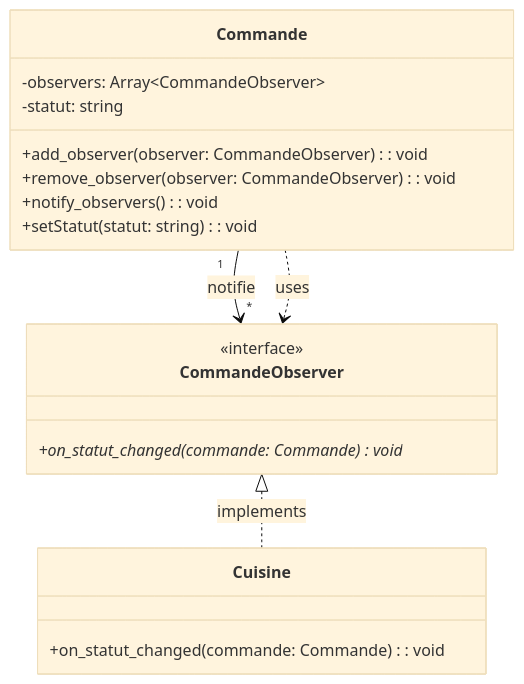
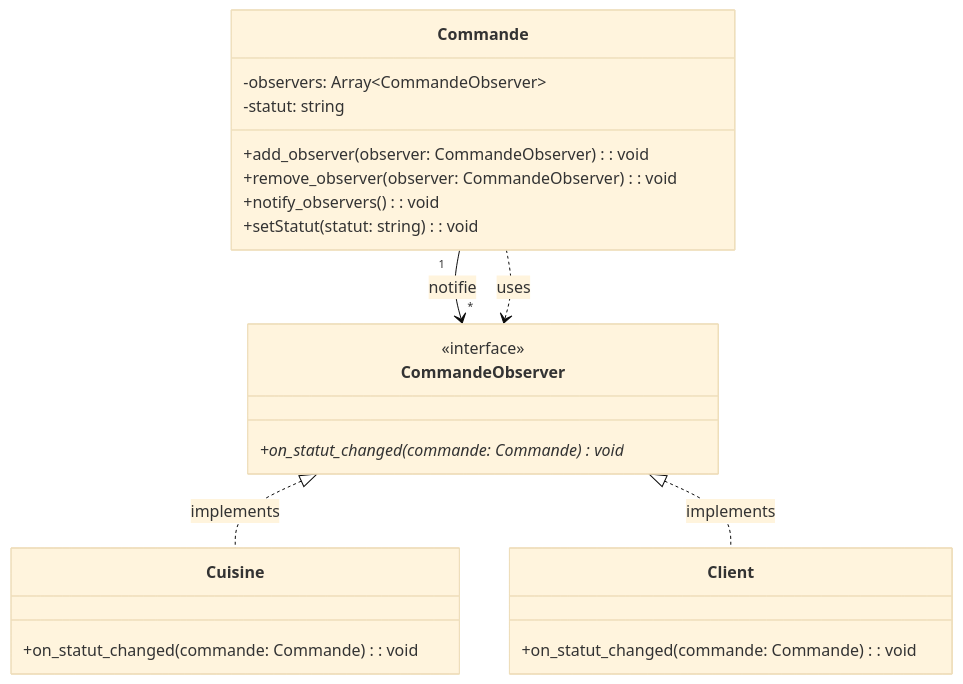
Before and after one commit to paulinetaillemite2/adaM3-POO-DesignPatterns-Restaurant: the fourth of 7 diagrams in diagramme-uml-restaurant.md, drawn with Mermaid (base theme). The commit also changed other lines of this file and 3 other files, not shown here.

````diff
--- a/diagramme-uml-restaurant.md
+++ b/diagramme-uml-restaurant.md
@@ -410,24 +417,29 @@
 ```mermaid
 classDiagram
     class Commande {
         -observers: Array~CommandeObserver~
         -statut: string
         +add_observer(observer: CommandeObserver): void
         +remove_observer(observer: CommandeObserver): void
         +notify_observers(): void
         +setStatut(statut: string): void
     }
     
     class CommandeObserver {
         <<interface>>
         +on_statut_changed(commande: Commande)* void
     }
     
     class Cuisine {
         +on_statut_changed(commande: Commande): void
     }
     
+    class Client {
+        +on_statut_changed(commande: Commande): void
+    }
+    
     CommandeObserver <|.. Cuisine : implements
+    CommandeObserver <|.. Client : implements
     Commande "1" --> "*" CommandeObserver : notifie
     Commande ..> CommandeObserver : uses
 ```
````
